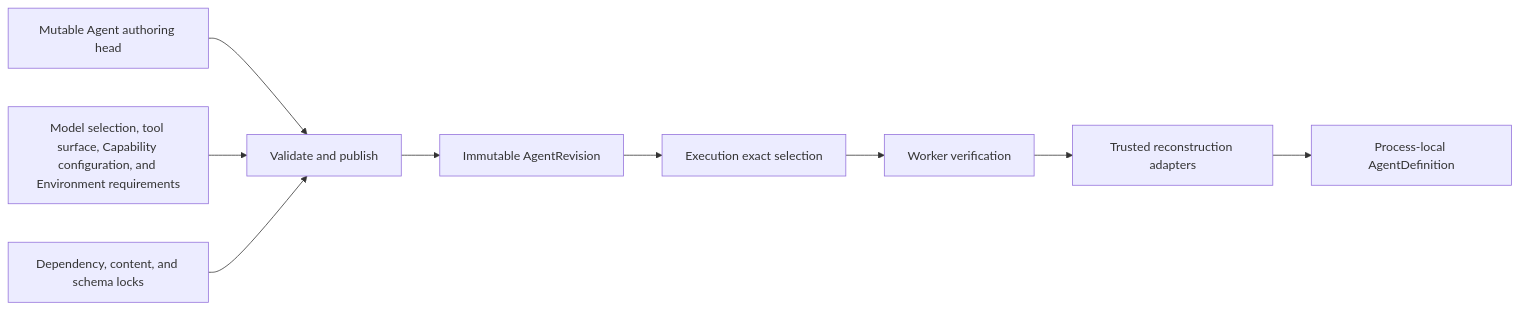
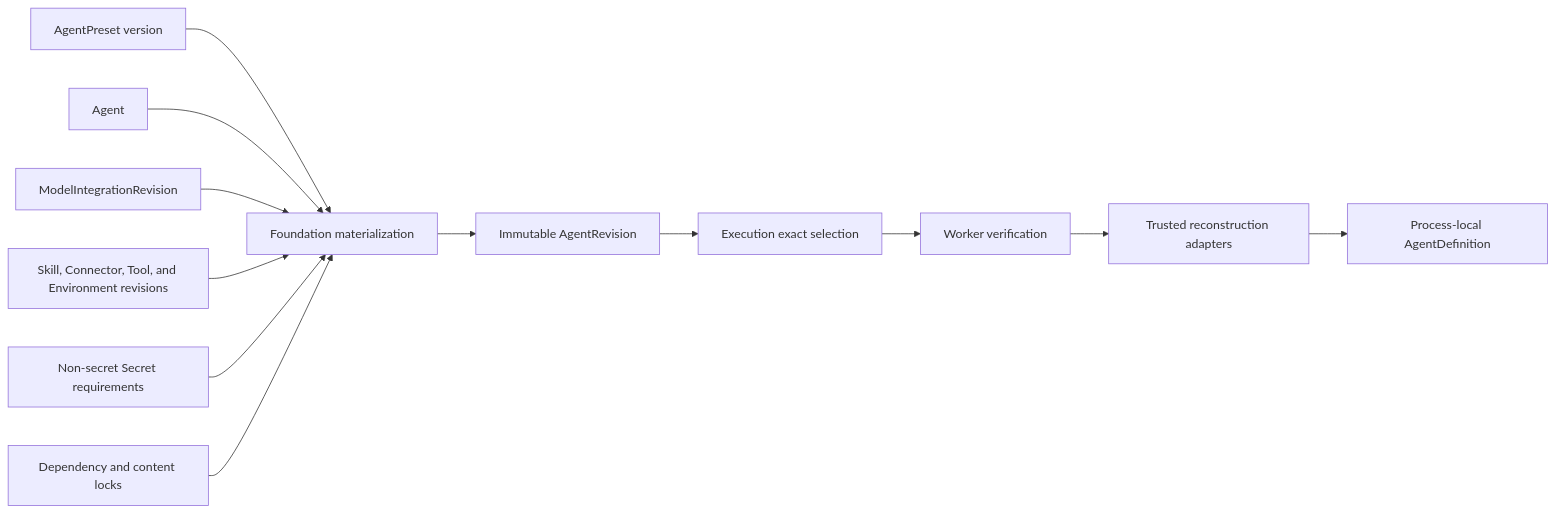
Before and after one commit to converge-ai-labs/agent-foundation: the first of 2 diagrams in spec/foundation-service/05-agent-revisions-and-reconstruction.md, drawn with Mermaid. The commit also changed other lines of this file and 3 other files, not shown here.

Commit message:
docs(spec): preserve agent authoring boundaries

````diff
--- a/spec/foundation-service/05-agent-revisions-and-reconstruction.md
+++ b/spec/foundation-service/05-agent-revisions-and-reconstruction.md
@@ -30,11 +33,14 @@
 ```mermaid
 flowchart LR
-    Agent[Mutable Agent authoring head] --> Publish[Validate and publish]
-    Inputs[Model selection, tool surface, Capability configuration, and Environment requirements] --> Publish
-    Locks[Dependency, content, and schema locks] --> Publish
-    Publish --> Revision[Immutable AgentRevision]
+    Preset[AgentPreset version] --> Materialize[Foundation materialization]
+    Agent[Agent] --> Materialize
+    Model[ModelIntegrationRevision] --> Materialize
+    Resources[Skill, Connector, Tool, and Environment revisions] --> Materialize
+    Secrets[Non-secret Secret requirements] --> Materialize
+    Locks[Dependency and content locks] --> Materialize
+    Materialize --> Revision[Immutable AgentRevision]
     Revision --> Execution[Execution exact selection]
     Execution --> Verify[Worker verification]
     Verify --> Adapter[Trusted reconstruction adapters]
     Adapter --> Definition[Process-local AgentDefinition]
 ```
````
